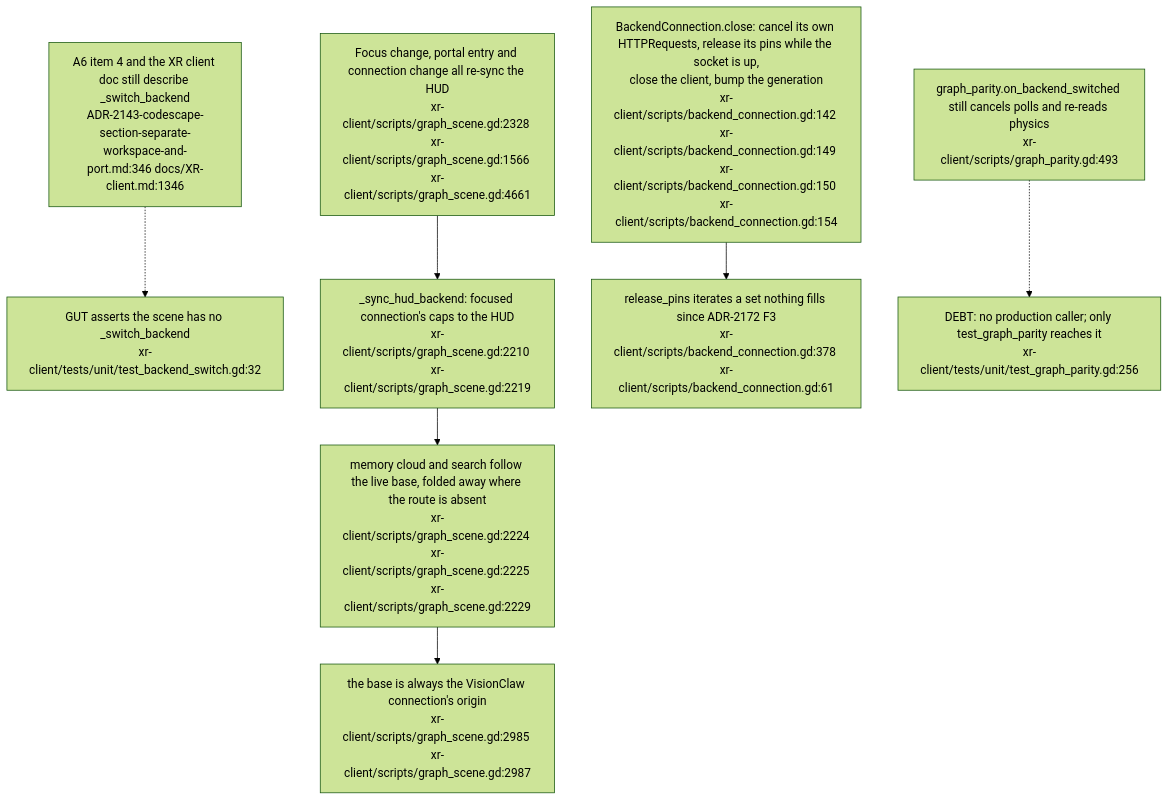
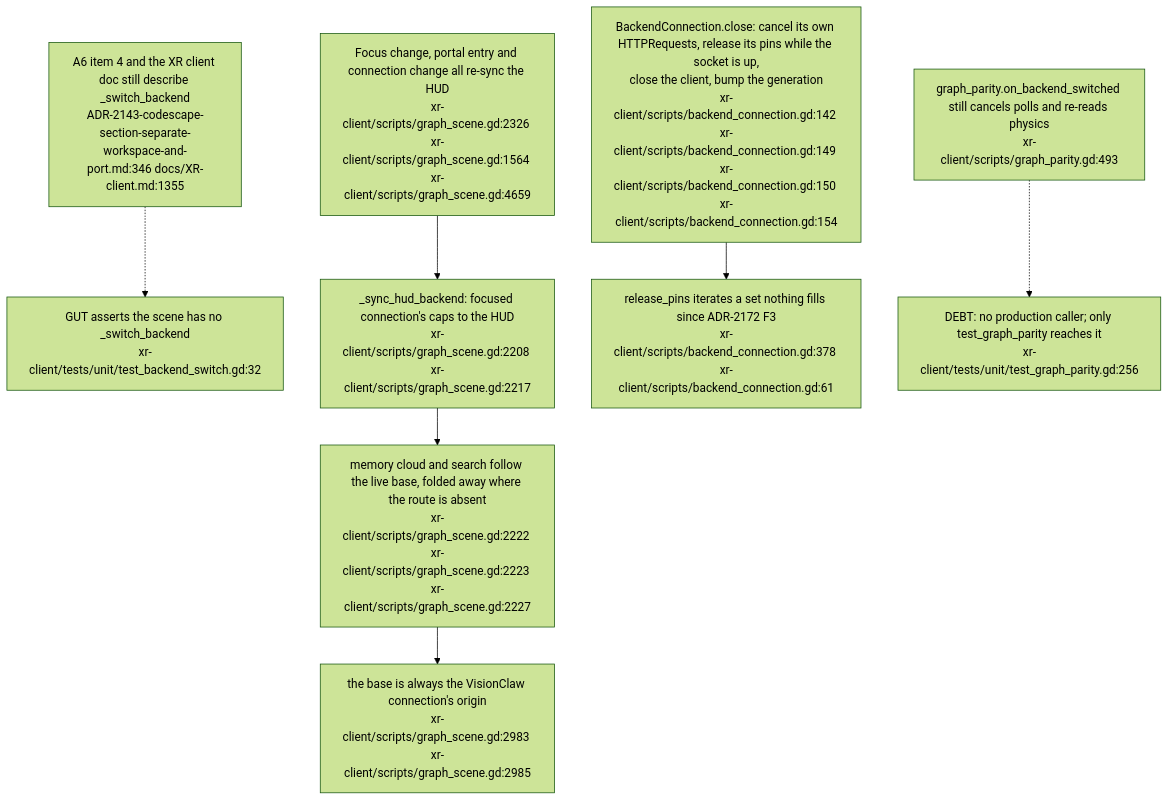
Before and after one commit to DreamLab-AI/VisionFlow: the second of 3 diagrams in docs/diagrams/visionclaw/40-xr-two-backends-capability-gating.md, drawn with Mermaid (forest theme). The commit also changed other lines of this file and 7 other files, not shown here.

First line of the commit message:
diagrams(visionclaw): re-verify VC-34 to VC-40 and VC-42 at visionclaw 4900ec6, agentbox 59b1aca

````diff
--- a/docs/diagrams/visionclaw/40-xr-two-backends-capability-gating.md
+++ b/docs/diagrams/visionclaw/40-xr-two-backends-capability-gating.md
@@ -88,12 +88,12 @@
 ```mermaid
 flowchart TD
     GONE["GUT asserts the scene has no _switch_backend<br/>xr-client/tests/unit/test_backend_switch.gd:32"]
-    FOCUS["Focus change, portal entry and connection change all re-sync the HUD<br/>xr-client/scripts/graph_scene.gd:2328 xr-client/scripts/graph_scene.gd:1566 xr-client/scripts/graph_scene.gd:4661"] --> SYNC["_sync_hud_backend: focused connection's caps to the HUD<br/>xr-client/scripts/graph_scene.gd:2210 xr-client/scripts/graph_scene.gd:2219"]
-    SYNC --> MEM["memory cloud and search follow the live base, folded away where the route is absent<br/>xr-client/scripts/graph_scene.gd:2224 xr-client/scripts/graph_scene.gd:2225 xr-client/scripts/graph_scene.gd:2229"]
-    MEM --> BASE["the base is always the VisionClaw connection's origin<br/>xr-client/scripts/graph_scene.gd:2985 xr-client/scripts/graph_scene.gd:2987"]
+    FOCUS["Focus change, portal entry and connection change all re-sync the HUD<br/>xr-client/scripts/graph_scene.gd:2326 xr-client/scripts/graph_scene.gd:1564 xr-client/scripts/graph_scene.gd:4659"] --> SYNC["_sync_hud_backend: focused connection's caps to the HUD<br/>xr-client/scripts/graph_scene.gd:2208 xr-client/scripts/graph_scene.gd:2217"]
+    SYNC --> MEM["memory cloud and search follow the live base, folded away where the route is absent<br/>xr-client/scripts/graph_scene.gd:2222 xr-client/scripts/graph_scene.gd:2223 xr-client/scripts/graph_scene.gd:2227"]
+    MEM --> BASE["the base is always the VisionClaw connection's origin<br/>xr-client/scripts/graph_scene.gd:2983 xr-client/scripts/graph_scene.gd:2985"]
     CLOSE["BackendConnection.close: cancel its own HTTPRequests, release its pins while the socket is up,<br/>close the client, bump the generation<br/>xr-client/scripts/backend_connection.gd:142 xr-client/scripts/backend_connection.gd:149 xr-client/scripts/backend_connection.gd:150 xr-client/scripts/backend_connection.gd:154"]
     PINS["release_pins iterates a set nothing fills since ADR-2172 F3<br/>xr-client/scripts/backend_connection.gd:378 xr-client/scripts/backend_connection.gd:61"]
     CLOSE --> PINS
     PAR["graph_parity.on_backend_switched still cancels polls and re-reads physics<br/>xr-client/scripts/graph_parity.gd:493"] -.-> DEBT["DEBT: no production caller; only test_graph_parity reaches it<br/>xr-client/tests/unit/test_graph_parity.gd:256"]
-    DOC["A6 item 4 and the XR client doc still describe _switch_backend<br/>ADR-2143-codescape-section-separate-workspace-and-port.md:346 docs/XR-client.md:1346"] -.-> GONE
+    DOC["A6 item 4 and the XR client doc still describe _switch_backend<br/>ADR-2143-codescape-section-separate-workspace-and-port.md:346 docs/XR-client.md:1355"] -.-> GONE
 ```
````
